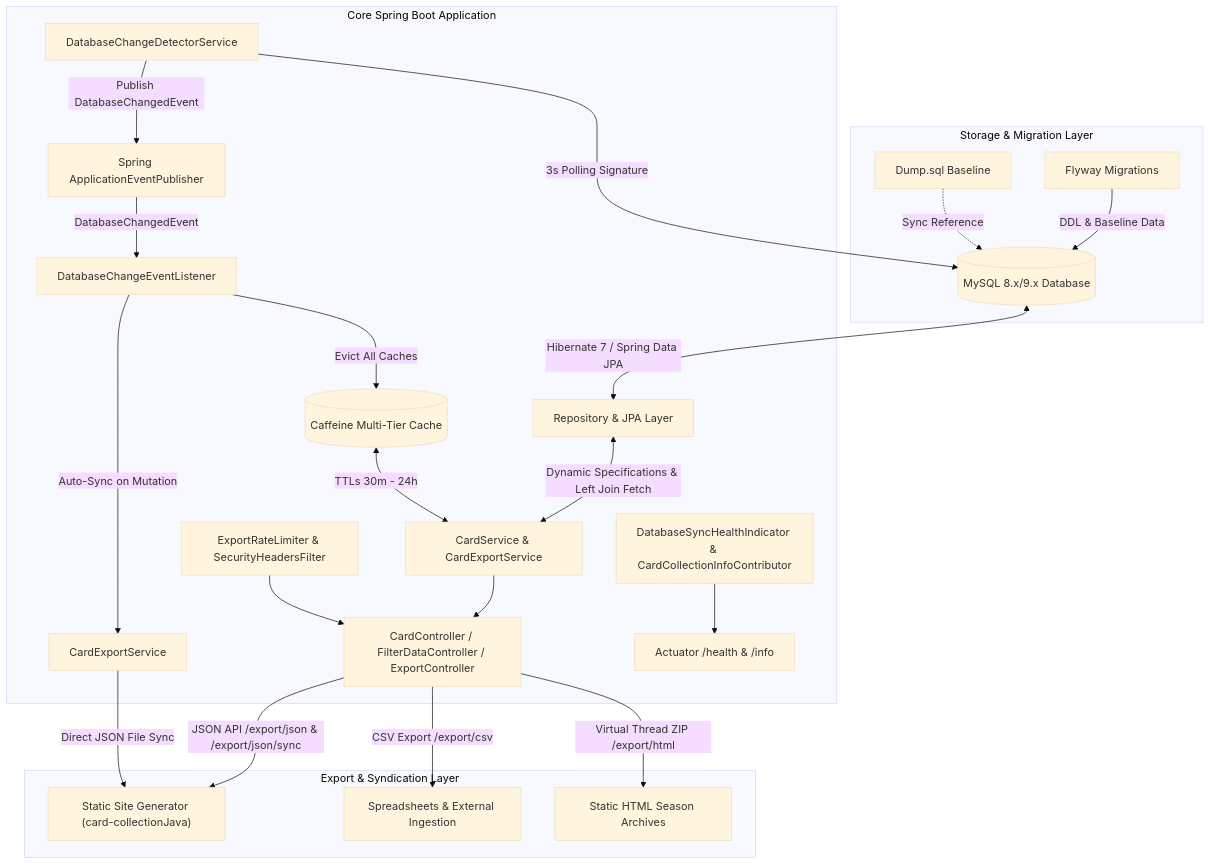
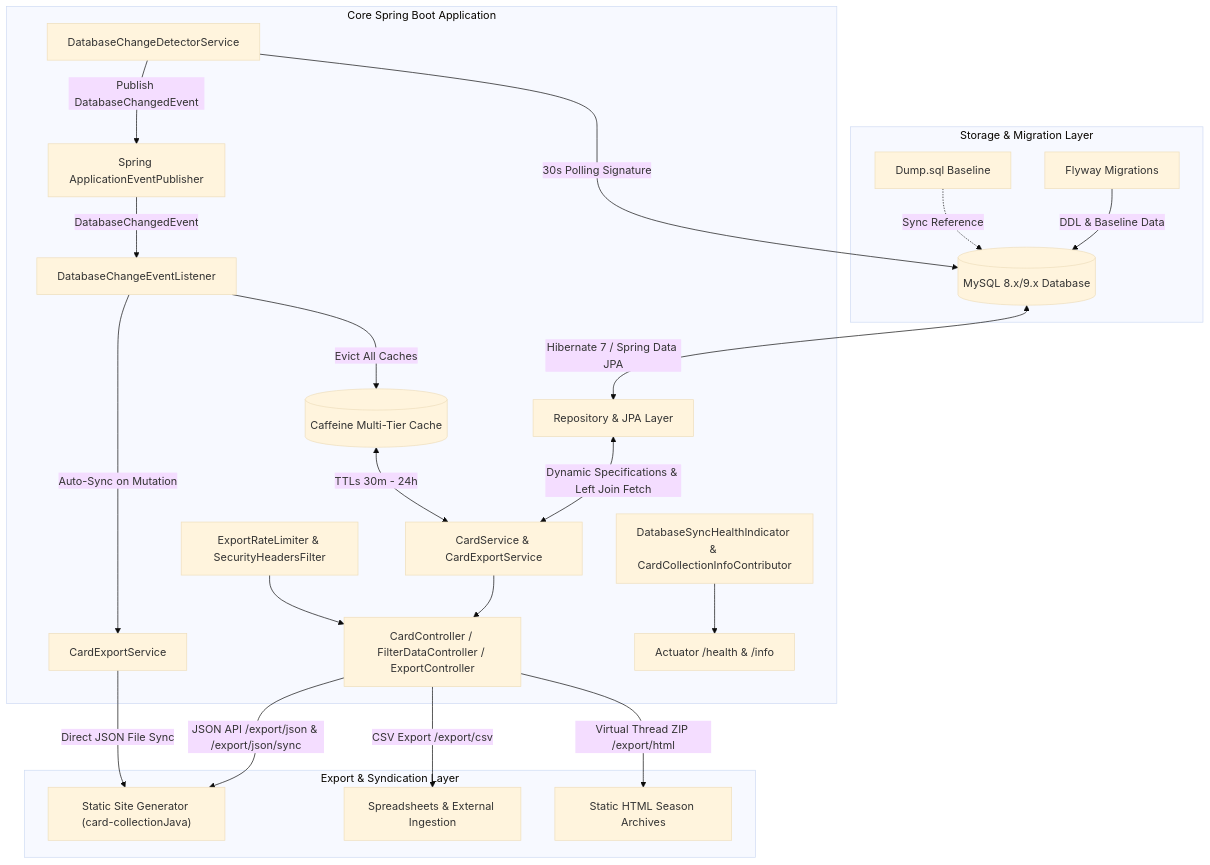
The first of 5 diagrams in ARCHITECTURE.md (AndreasBild/card-collection), drawn with Mermaid (base theme) before and after one commit. The commit also changed other lines of this file and 8 other files, not shown here.

````diff
--- a/ARCHITECTURE.md
+++ b/ARCHITECTURE.md
@@ -9,28 +9,28 @@
 ```mermaid
 graph TD
     subgraph Storage & Migration Layer
         FW[Flyway Migrations] -->|DDL & Baseline Data| DB[(MySQL 8.x/9.x Database)]
         DUMP[Dump.sql Baseline] -.->|Sync Reference| DB
     end
 
     subgraph Core Spring Boot Application
         DB <-->|Hibernate 7 / Spring Data JPA| REPO[Repository & JPA Layer]
         REPO <-->|Dynamic Specifications & Left Join Fetch| SRV[CardService & CardExportService]
         CACHE[(Caffeine Multi-Tier Cache)] <-->|TTLs 30m - 24h| SRV
-        DETECTOR[DatabaseChangeDetectorService] -->|3s Polling Signature| DB
+        DETECTOR[DatabaseChangeDetectorService] -->|30s Polling Signature| DB
         DETECTOR -->|Publish DatabaseChangedEvent| BUS[Spring ApplicationEventPublisher]
         BUS -->|DatabaseChangedEvent| LISTENER[DatabaseChangeEventListener]
         LISTENER -->|Evict All Caches| CACHE
         LISTENER -->|Auto-Sync on Mutation| EXP[CardExportService]
         SRV --> CTRL[CardController / FilterDataController / ExportController]
         LIMITER[ExportRateLimiter & SecurityHeadersFilter] --> CTRL
         HEALTH[DatabaseSyncHealthIndicator & CardCollectionInfoContributor] --> ACT[Actuator /health & /info]
     end
 
     subgraph Export & Syndication Layer
         CTRL -->|JSON API /export/json & /export/json/sync| SSG["Static Site Generator (card-collectionJava)"]
         EXP -->|Direct JSON File Sync| SSG
         CTRL -->|CSV Export /export/csv| CSV[Spreadsheets & External Ingestion]
         CTRL -->|Virtual Thread ZIP /export/html| HTML[Static HTML Season Archives]
     end
 ```
````
